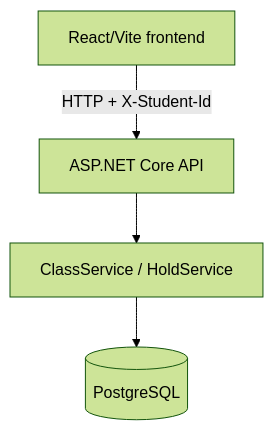
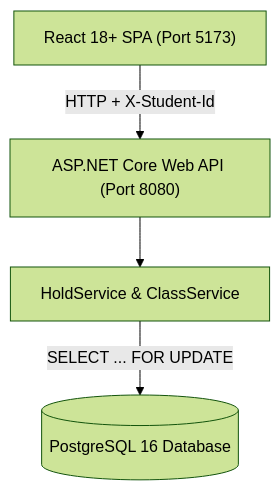
The diagram in README.md (Murad134/School-Admission-System), drawn with Mermaid (forest theme) before and after one commit. The commit also changed other lines of this file, not shown here.

````diff
--- a/README.md
+++ b/README.md
@@ -36,11 +109,11 @@
 ```mermaid
 flowchart TD
-    Browser["React/Vite frontend"]
-    API["ASP.NET Core API"]
-    Services["ClassService / HoldService"]
-    Database[("PostgreSQL")]
+    Browser["React 18+ SPA (Port 5173)"]
+    API["ASP.NET Core Web API (Port 8080)"]
+    Services["HoldService & ClassService"]
+    Postgres[("PostgreSQL 16 Database")]
 
     Browser -->|HTTP + X-Student-Id| API
     API --> Services
-    Services --> Database
+    Services -->|SELECT ... FOR UPDATE| Postgres
 ```
````
